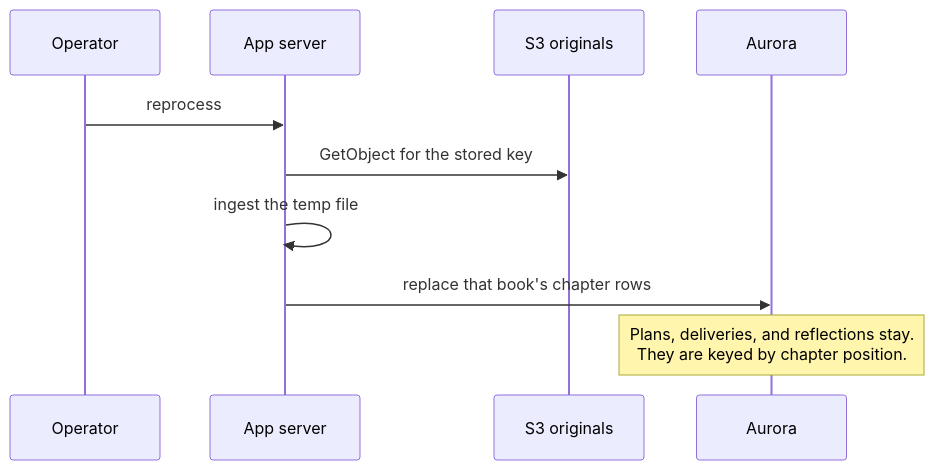
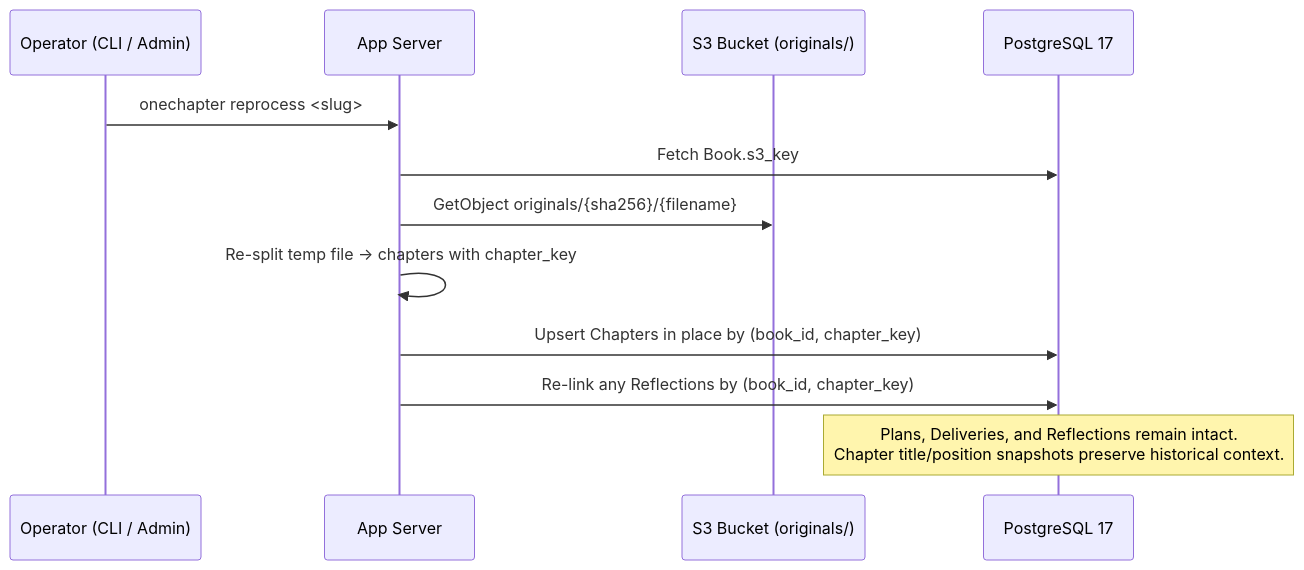
One commit to kajarenc5/book-drip changed the fifth of 5 diagrams in docs/architecture/README.md. Above: the diagram before and after it, drawn with Mermaid. The commit also changed other lines of this file and 13 other files, not shown here.

Commit message:
Revise architecture and ADRs for Postgres in Docker, Django ORM, unified identity, and reflections

````diff
--- a/docs/architecture/README.md
+++ b/docs/architecture/README.md
@@ -86,13 +240,15 @@
 ```mermaid
 sequenceDiagram
-  participant Op as Operator
-  participant App as App server
-  participant Bucket as S3 originals
-  participant DB as Aurora
+  participant Op as Operator (CLI / Admin)
+  participant App as App Server
+  participant S3 as S3 Bucket (originals/)
+  participant DB as PostgreSQL 17
 
-  Op->>App: reprocess
-  App->>Bucket: GetObject for the stored key
-  App->>App: ingest the temp file
-  App->>DB: replace that book's chapter rows
-  Note over DB: Plans, deliveries, and reflections stay.<br/>They are keyed by chapter position.
+  Op->>App: onechapter reprocess <slug>
+  App->>DB: Fetch Book.s3_key
+  App->>S3: GetObject originals/{sha256}/{filename}
+  App->>App: Re-split temp file -> chapters with chapter_key
+  App->>DB: Upsert Chapters in place by (book_id, chapter_key)
+  App->>DB: Re-link any Reflections by (book_id, chapter_key)
+  Note over DB: Plans, Deliveries, and Reflections remain intact.<br/>Chapter title/position snapshots preserve historical context.
 ```
````
